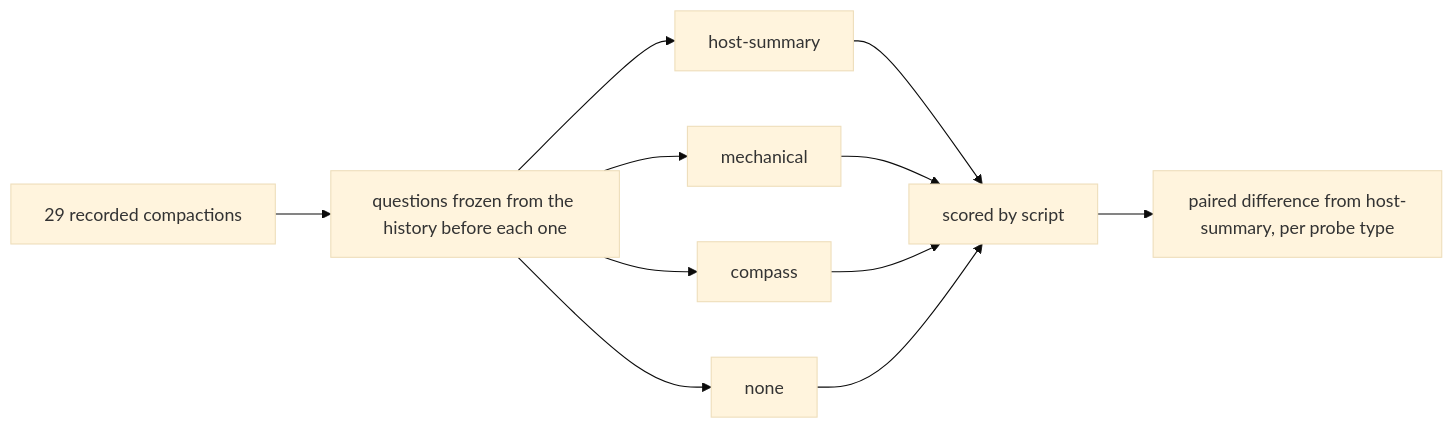
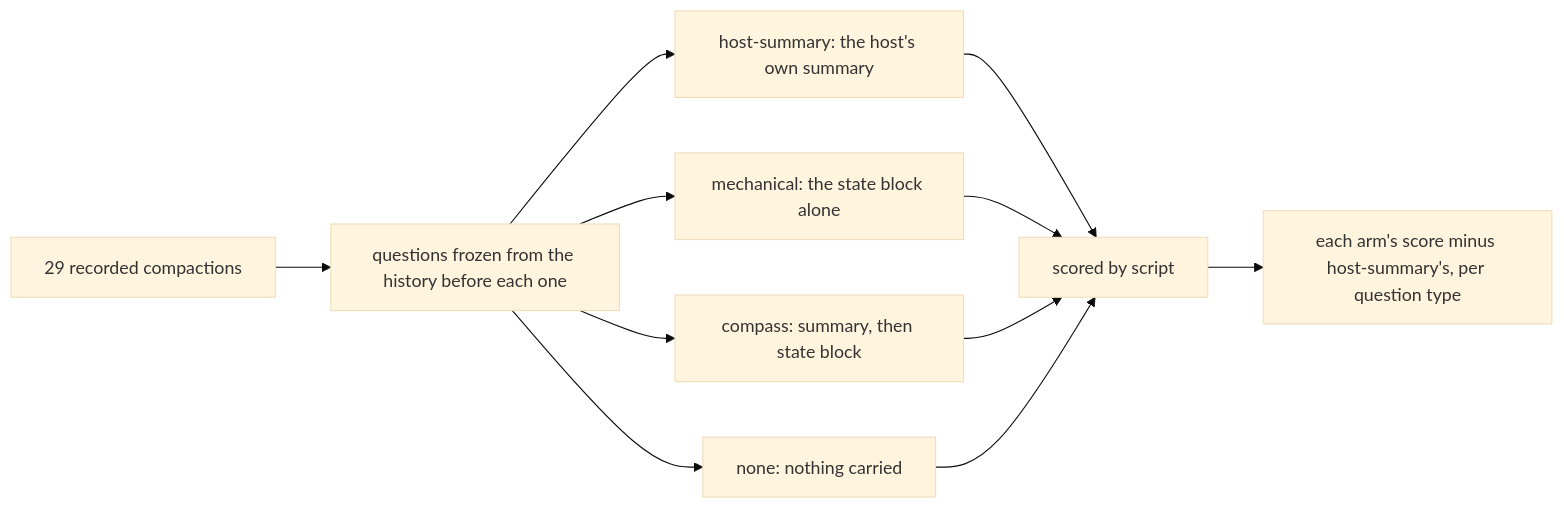
Before and after one commit to hodor/claude-compass: the diagram in .compass/research/pipeline/compaction-survival/RESEARCH-probe-arm-comparison.md, drawn with Mermaid (base theme). The commit also changed other lines of this file, not shown here.

First line of the commit message:
Make the probe arm comparison readable without the run's context

````diff
--- a/.compass/research/pipeline/compaction-survival/RESEARCH-probe-arm-comparison.md
+++ b/.compass/research/pipeline/compaction-survival/RESEARCH-probe-arm-comparison.md
@@ -19,13 +19,13 @@
 ```mermaid
 flowchart LR
     P["29 recorded compactions"] --> Q["questions frozen from the history before each one"]
-    Q --> A1["host-summary"]
-    Q --> A2["mechanical"]
-    Q --> A3["compass"]
-    Q --> A4["none"]
+    Q --> A1["host-summary: the host's own summary"]
+    Q --> A2["mechanical: the state block alone"]
+    Q --> A3["compass: summary, then state block"]
+    Q --> A4["none: nothing carried"]
     A1 --> G["scored by script"]
     A2 --> G
     A3 --> G
     A4 --> G
-    G --> D["paired difference from host-summary, per probe type"]
+    G --> D["each arm's score minus host-summary's, per question type"]
 ```
````
